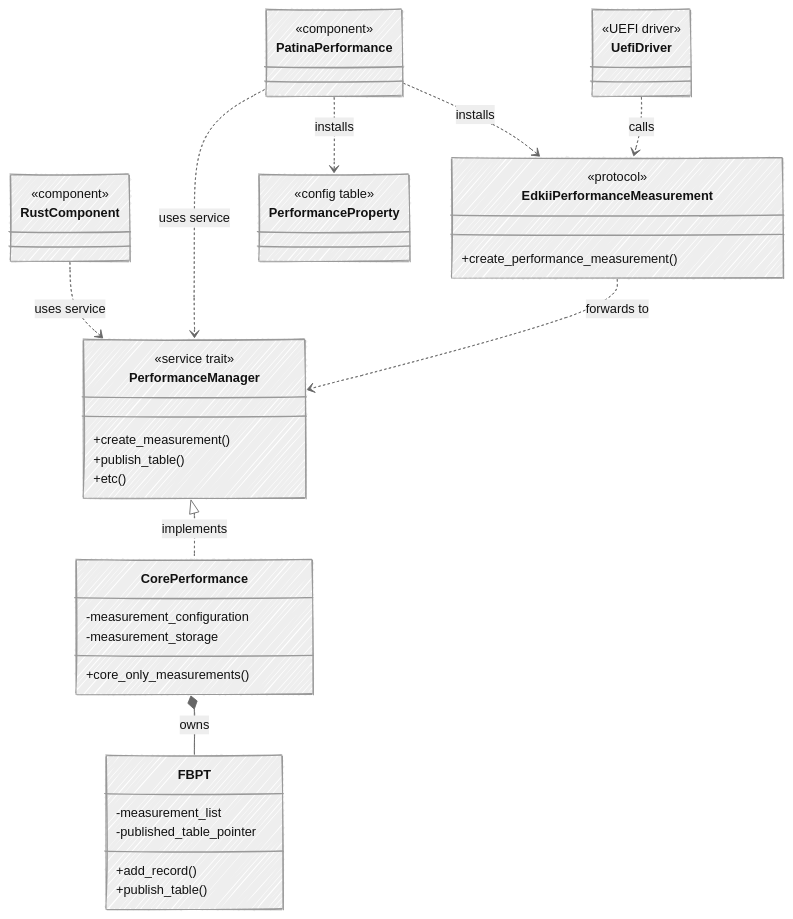
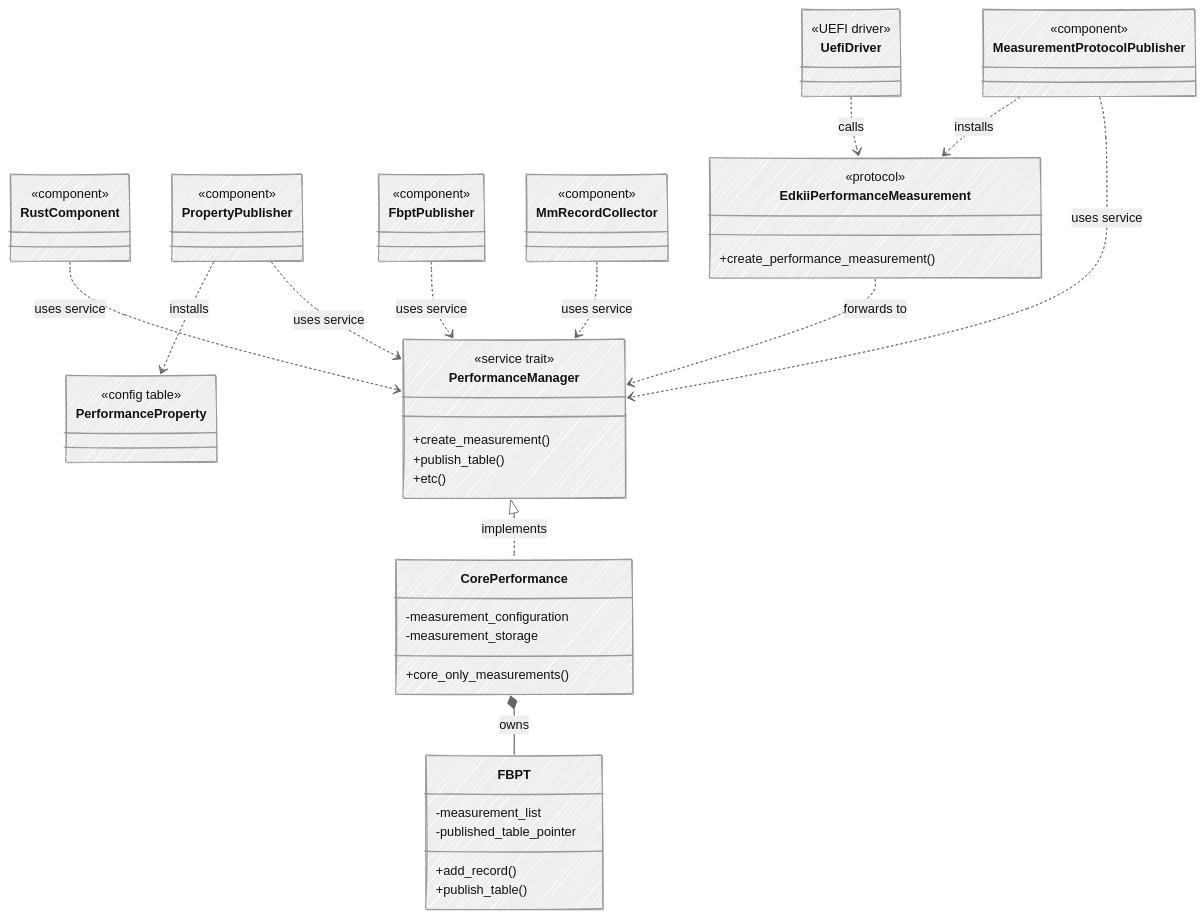
The diagram in docs/src/dxe_core/performance_measurement.md (vineelko/patina), drawn with Mermaid (neutral theme) before and after one commit. The commit also changed other lines of this file and 2 other files, not shown here.

First line of the commit message:
Update docs for the patina_performance component split

````diff
--- a/docs/src/dxe_core/performance_measurement.md
+++ b/docs/src/dxe_core/performance_measurement.md
@@ -36,49 +39,61 @@
 ```mermaid
 ---
 config:
   look: handDrawn
 ---
 classDiagram
     class PerformanceManager {
         <<service trait>>
         +create_measurement()
         +publish_table()
         +etc()
     }
     class CorePerformance {
         -measurement_configuration
         -measurement_storage
         +core_only_measurements()
     }
     class FBPT {
         -measurement_list
         -published_table_pointer
         +add_record()
         +publish_table()
     }
     class RustComponent {
         <<component>>
     }
-    class PatinaPerformance {
+    class MeasurementProtocolPublisher {
+        <<component>>
+    }
+    class PropertyPublisher {
+        <<component>>
+    }
+    class FbptPublisher {
+        <<component>>
+    }
+    class MmRecordCollector {
         <<component>>
     }
     class EdkiiPerformanceMeasurement {
         <<protocol>>
         +create_performance_measurement()
     }
     class PerformanceProperty {
         <<config table>>
     }
     class UefiDriver {
         <<UEFI driver>>
     }
 
     PerformanceManager <|.. CorePerformance : implements
     CorePerformance *-- FBPT : owns
     RustComponent ..> PerformanceManager : uses service
-    PatinaPerformance ..> PerformanceManager : uses service
-    PatinaPerformance ..> EdkiiPerformanceMeasurement : installs
-    PatinaPerformance ..> PerformanceProperty : installs
+    MeasurementProtocolPublisher ..> PerformanceManager : uses service
+    MeasurementProtocolPublisher ..> EdkiiPerformanceMeasurement : installs
+    PropertyPublisher ..> PerformanceManager : uses service
+    PropertyPublisher ..> PerformanceProperty : installs
+    FbptPublisher ..> PerformanceManager : uses service
+    MmRecordCollector ..> PerformanceManager : uses service
     EdkiiPerformanceMeasurement ..> PerformanceManager : forwards to
     UefiDriver ..> EdkiiPerformanceMeasurement : calls
 ```
````
